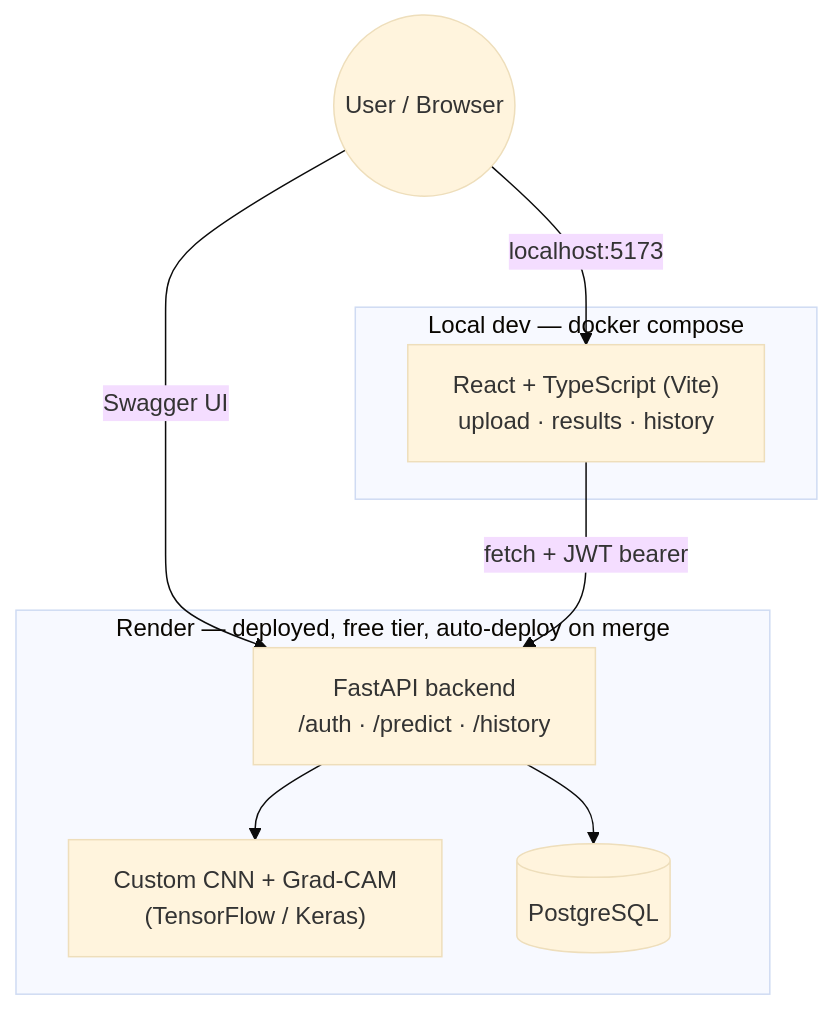
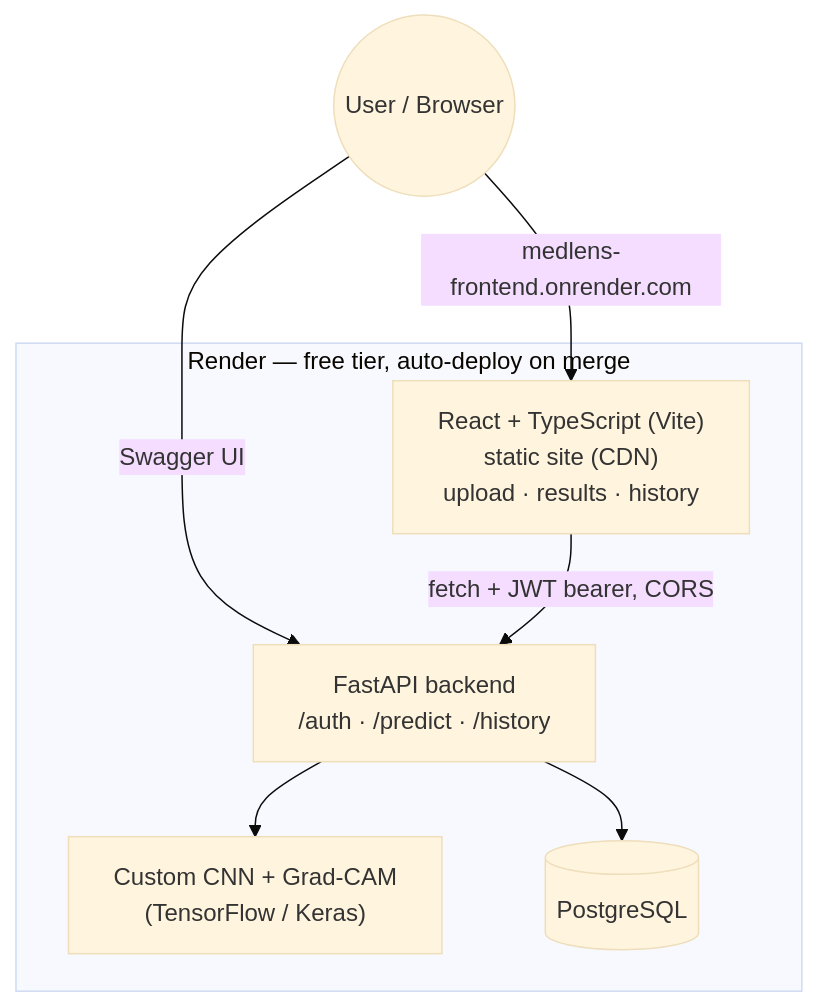
The diagram in README.md (nelsoncrosby8/MedLens), drawn with Mermaid (base theme) before and after one commit. The commit also changed other lines of this file and 1 other file, not shown here.

First line of the commit message:
feat(deploy): allow the deployed frontend origin in CORS; docs

````diff
--- a/README.md
+++ b/README.md
@@ -29,20 +31,17 @@
 ```mermaid
 flowchart TB
     User(("User / Browser"))
 
-    subgraph Local["Local dev — docker compose"]
-        FE["React + TypeScript (Vite)<br/>upload · results · history"]
-    end
-
-    subgraph Cloud["Render — deployed, free tier, auto-deploy on merge"]
+    subgraph Cloud["Render — free tier, auto-deploy on merge"]
+        FE["React + TypeScript (Vite)<br/>static site (CDN)<br/>upload · results · history"]
         API["FastAPI backend<br/>/auth · /predict · /history"]
         CNN["Custom CNN + Grad-CAM<br/>(TensorFlow / Keras)"]
         PG[("PostgreSQL")]
         API --> CNN
         API --> PG
     end
 
-    User -->|"localhost:5173"| FE
+    User -->|"medlens-frontend.onrender.com"| FE
     User -->|"Swagger UI"| API
-    FE -->|"fetch + JWT bearer"| API
+    FE -->|"fetch + JWT bearer, CORS"| API
 ```
````
